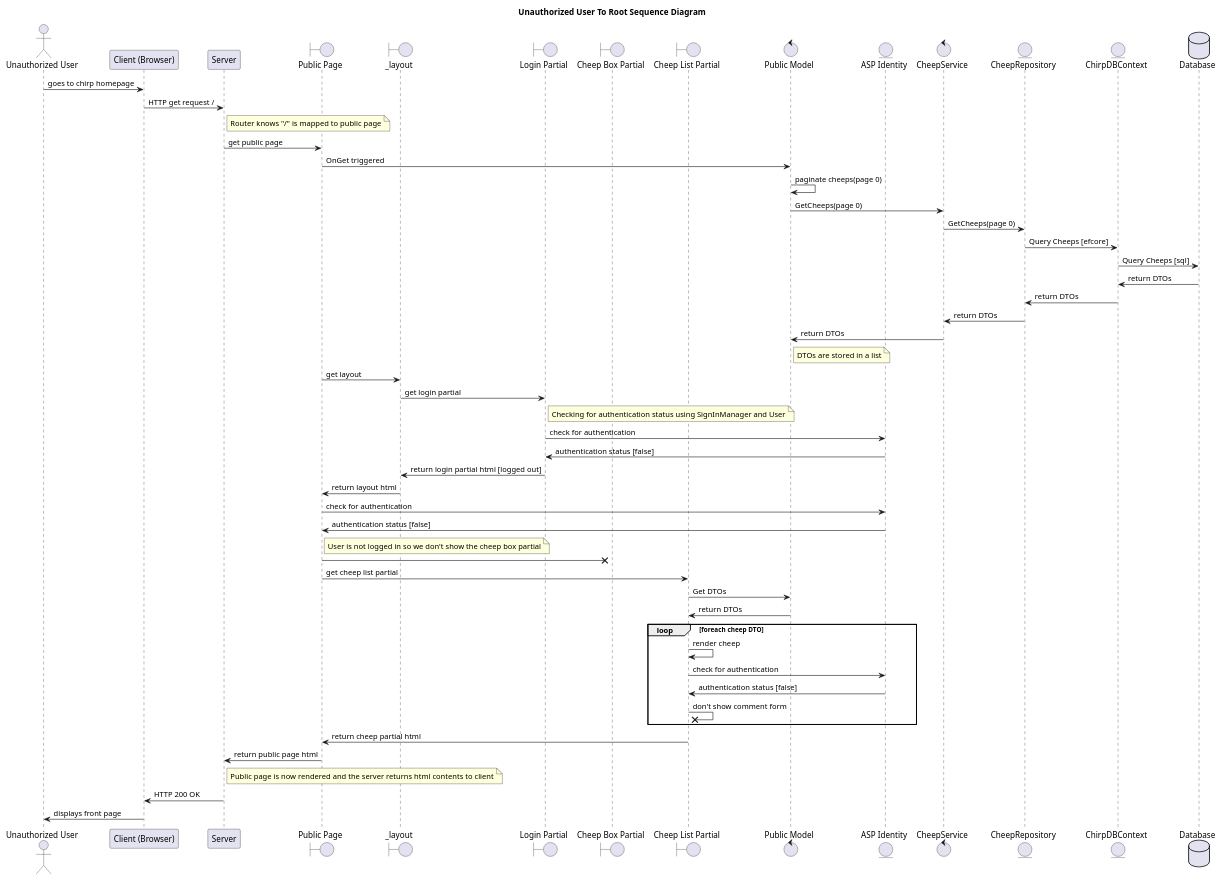
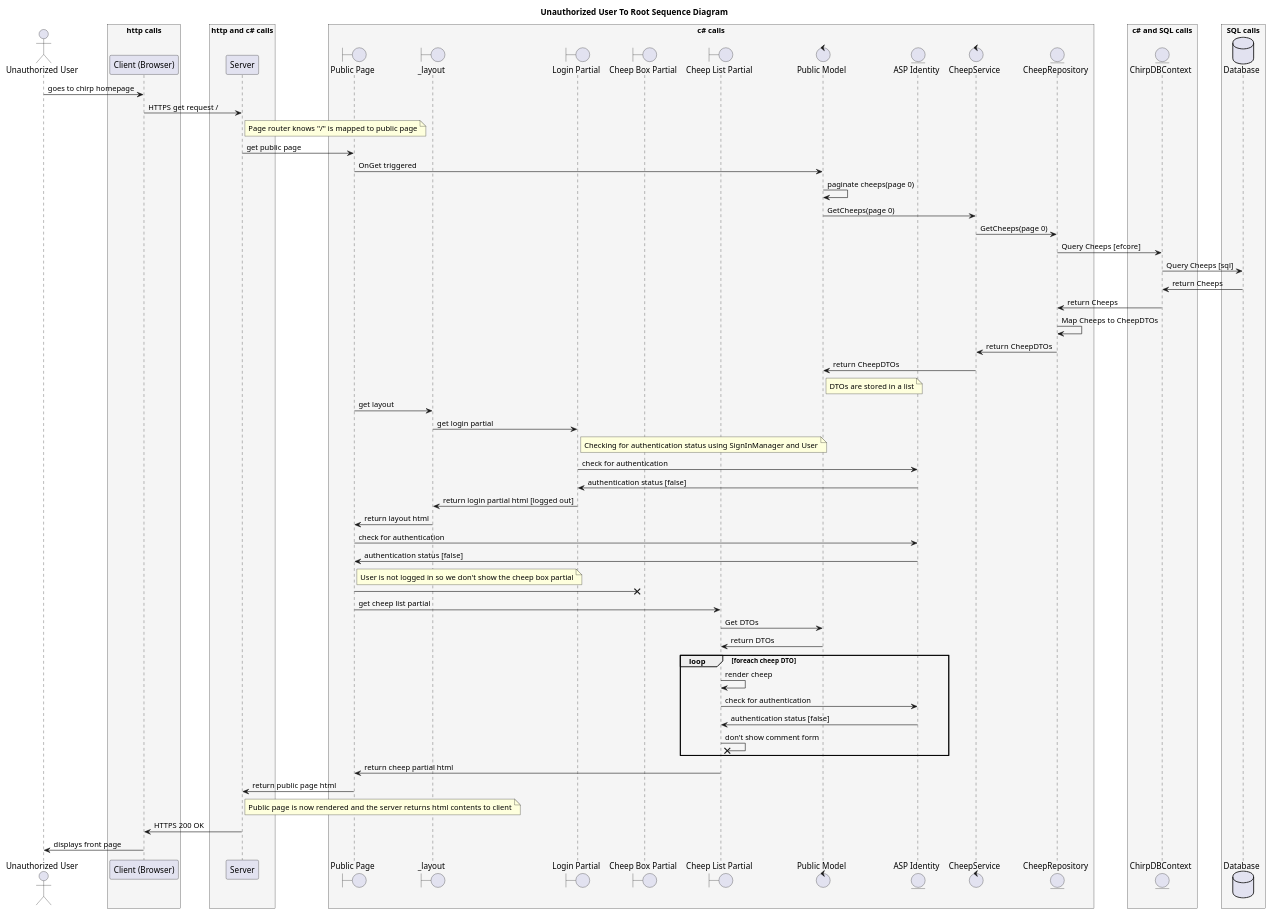
The diagram in docs/diagrams/sequence.puml (ITU-BDSA2024-GROUP9/Chirp), drawn with PlantUML before and after one commit. The commit also changed 2 other files, not shown here.

```diff
--- a/docs/diagrams/sequence.puml
+++ b/docs/diagrams/sequence.puml
@@ -1,68 +1,79 @@
 @startuml
 
 title Unauthorized User To Root Sequence Diagram 
 
 actor       "Unauthorized User"  as usr
+box         "http calls"         #WhiteSmoke
 participant "Client (Browser)"   as client
+end box
+box         "http and c# calls"  #WhiteSmoke
 participant Server               as server
+end box
+box         "c# calls"           #WhiteSmoke
 Boundary    "Public Page"        as public
 Boundary    "_layout"            as layout
 Boundary    "Login Partial"      as login
 Boundary    "Cheep Box Partial"  as box
 Boundary    "Cheep List Partial" as cheeps
 Control     "Public Model"       as mod
 entity      "ASP Identity"       as asp
 Control     "CheepService"       as CS
 entity      "CheepRepository"    as CR
+end box
+box         "c# and SQL calls"   #WhiteSmoke
 entity      "ChirpDBContext"     as CDB
+end box
+box         "SQL calls"          #WhiteSmoke
 database    Database             as DB
+end box
 
 usr -> client : goes to chirp homepage
-client -> server : HTTP get request /
-note right of server : Router knows "/" is mapped to public page
+client -> server : HTTPS get request /
+note right of server : Page router knows "/" is mapped to public page
 server -> public : get public page
 public -> mod : OnGet triggered
 mod -> mod : paginate cheeps(page 0)
 mod -> CS : GetCheeps(page 0)
 CS -> CR : GetCheeps(page 0)
 CR -> CDB : Query Cheeps [efcore]
 CDB -> DB : Query Cheeps [sql]
-DB -> CDB : return DTOs
-CDB -> CR : return DTOs
-CR -> CS : return DTOs
-CS -> mod : return DTOs
+DB -> CDB : return Cheeps
+CDB -> CR : return Cheeps
+CR -> CR : Map Cheeps to CheepDTOs
+CR -> CS : return CheepDTOs
+CS -> mod : return CheepDTOs
 note right of mod : DTOs are stored in a list
 
 public -> layout : get layout
 layout -> login : get login partial
 note right of login : Checking for authentication status using SignInManager and User
 login -> asp : check for authentication
 asp -> login : authentication status [false]
 login -> layout : return login partial html [logged out]
 layout -> public : return layout html
 
 public -> asp : check for authentication
 asp -> public : authentication status [false]
 note right of public : User is not logged in so we don't show the cheep box partial
 public ->X box 
 
 public -> cheeps : get cheep list partial
 cheeps -> mod : Get DTOs
 mod -> cheeps : return DTOs
 loop foreach cheep DTO
     cheeps -> cheeps : render cheep
     cheeps -> asp : check for authentication
     asp -> cheeps : authentication status [false]
     cheeps ->X cheeps : don't show comment form
 end
 
 cheeps -> public : return cheep partial html
 
 public -> server : return public page html
 note right of server : Public page is now rendered and the server returns html contents to client
-server -> client : HTTP 200 OK
+server -> client : HTTPS 200 OK
 client -> usr : displays front page
 
 
 
 @enduml
```
